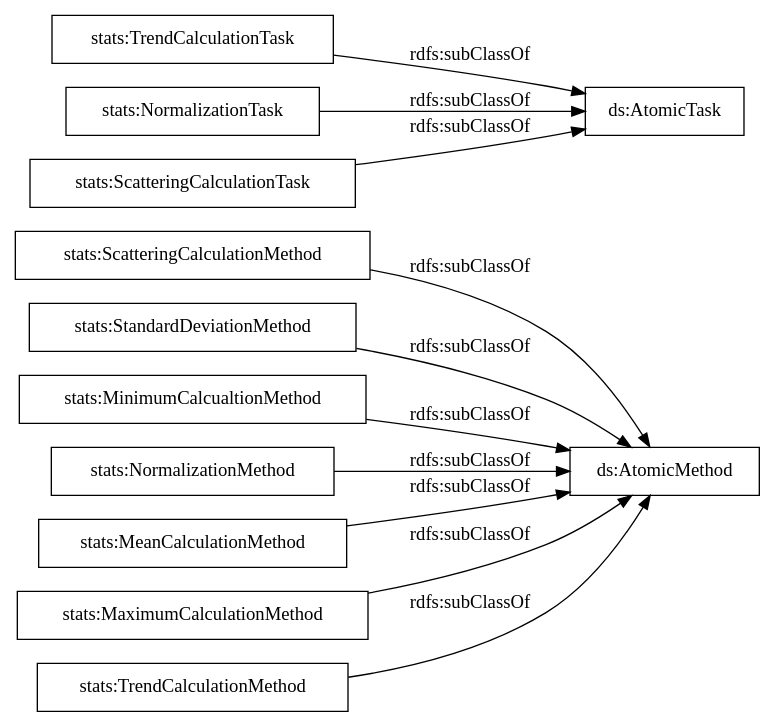
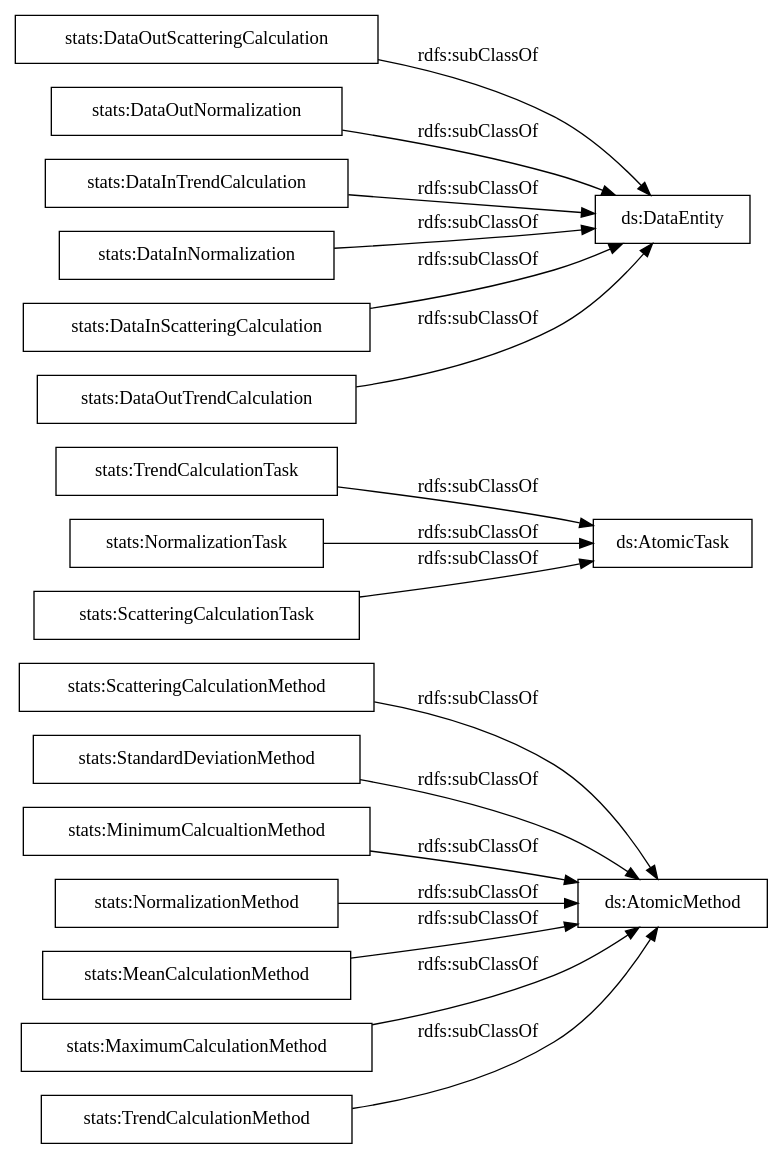
One commit to nsai-uio/ExeKGOntology changed the diagram in OnToology/stats_exeKGOntology.ttl/diagrams/ar2dtool-taxonomy/stats_exeKGOntology.ttl.png.dot. Above: the diagram before and after it, drawn with Graphviz. The commit also changed 12 other files, not shown here.

```diff
--- a/OnToology/stats_exeKGOntology.ttl/diagrams/ar2dtool-taxonomy/stats_exeKGOntology.ttl.png.dot
+++ b/OnToology/stats_exeKGOntology.ttl/diagrams/ar2dtool-taxonomy/stats_exeKGOntology.ttl.png.dot
@@ -1,16 +1,22 @@
 digraph ar2dtool_diagram { 
 rankdir=LR;
 size="1000"
-node [shape = rectangle, color="black"]; "stats:ScatteringCalculationMethod" "stats:StandardDeviationMethod" "stats:TrendCalculationTask" "stats:NormalizationTask" "stats:MinimumCalcualtionMethod" "stats:NormalizationMethod" "stats:ScatteringCalculationTask" "stats:MeanCalculationMethod" "stats:MaximumCalculationMethod" "stats:TrendCalculationMethod" ; /*classes style*/
+node [shape = rectangle, color="black"]; "stats:ScatteringCalculationMethod" "stats:StandardDeviationMethod" "stats:TrendCalculationTask" "stats:DataOutScatteringCalculation" "stats:NormalizationTask" "stats:MinimumCalcualtionMethod" "stats:DataOutNormalization" "stats:DataInTrendCalculation" "stats:DataInNormalization" "stats:DataInScatteringCalculation" "stats:NormalizationMethod" "stats:ScatteringCalculationTask" "stats:MeanCalculationMethod" "stats:MaximumCalculationMethod" "stats:TrendCalculationMethod" "stats:DataOutTrendCalculation" ; /*classes style*/
+	"stats:DataOutNormalization" -> "ds:DataEntity" [ label = "rdfs:subClassOf" ];
 	"stats:NormalizationMethod" -> "ds:AtomicMethod" [ label = "rdfs:subClassOf" ];
 	"stats:TrendCalculationMethod" -> "ds:AtomicMethod" [ label = "rdfs:subClassOf" ];
 	"stats:MeanCalculationMethod" -> "ds:AtomicMethod" [ label = "rdfs:subClassOf" ];
 	"stats:TrendCalculationTask" -> "ds:AtomicTask" [ label = "rdfs:subClassOf" ];
+	"stats:DataInScatteringCalculation" -> "ds:DataEntity" [ label = "rdfs:subClassOf" ];
+	"stats:DataInNormalization" -> "ds:DataEntity" [ label = "rdfs:subClassOf" ];
 	"stats:NormalizationTask" -> "ds:AtomicTask" [ label = "rdfs:subClassOf" ];
+	"stats:DataInTrendCalculation" -> "ds:DataEntity" [ label = "rdfs:subClassOf" ];
 	"stats:ScatteringCalculationMethod" -> "ds:AtomicMethod" [ label = "rdfs:subClassOf" ];
+	"stats:DataOutScatteringCalculation" -> "ds:DataEntity" [ label = "rdfs:subClassOf" ];
 	"stats:StandardDeviationMethod" -> "ds:AtomicMethod" [ label = "rdfs:subClassOf" ];
 	"stats:MaximumCalculationMethod" -> "ds:AtomicMethod" [ label = "rdfs:subClassOf" ];
+	"stats:DataOutTrendCalculation" -> "ds:DataEntity" [ label = "rdfs:subClassOf" ];
 	"stats:ScatteringCalculationTask" -> "ds:AtomicTask" [ label = "rdfs:subClassOf" ];
 	"stats:MinimumCalcualtionMethod" -> "ds:AtomicMethod" [ label = "rdfs:subClassOf" ];
 
 }
```
